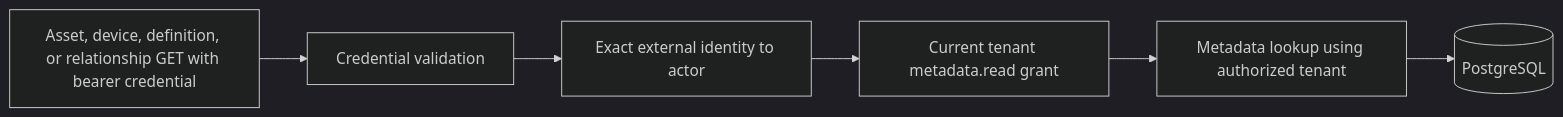
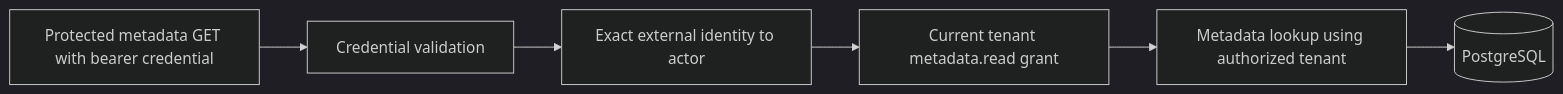
One commit to stanimirivanov/fleetiq-platform changed the second of 5 diagrams in docs/architecture/README.md. Above: the diagram before and after it, drawn with Mermaid (dark theme). The commit also changed other lines of this file and 13 other files, not shown here.

````diff
--- a/docs/architecture/README.md
+++ b/docs/architecture/README.md
@@ -48,11 +50,11 @@
 ```mermaid
 flowchart LR
-    Request[Asset, device, definition, or relationship GET with bearer credential]
+    Request[Protected metadata GET with bearer credential]
     Validator[Credential validation]
     Resolver[Exact external identity to actor]
     Policy[Current tenant metadata.read grant]
     Service[Metadata lookup using authorized tenant]
     Store[(PostgreSQL)]
 
     Request --> Validator --> Resolver --> Policy --> Service --> Store
 ```
````
